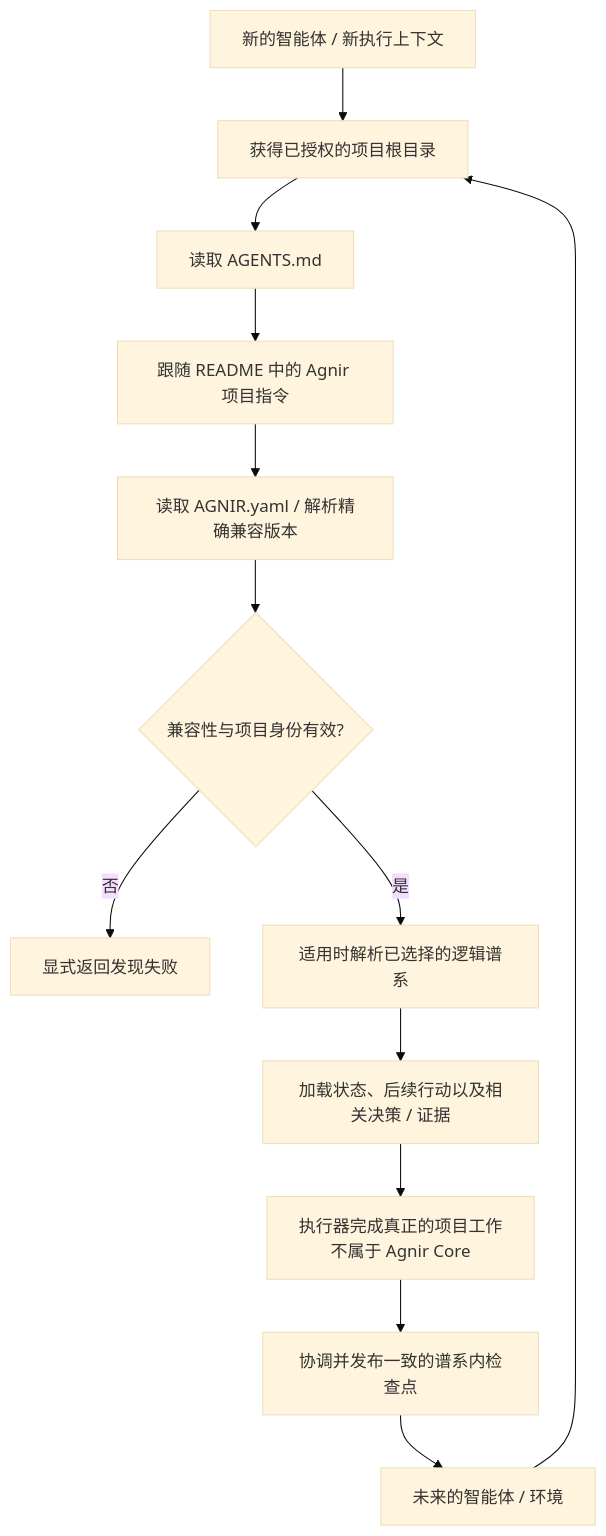
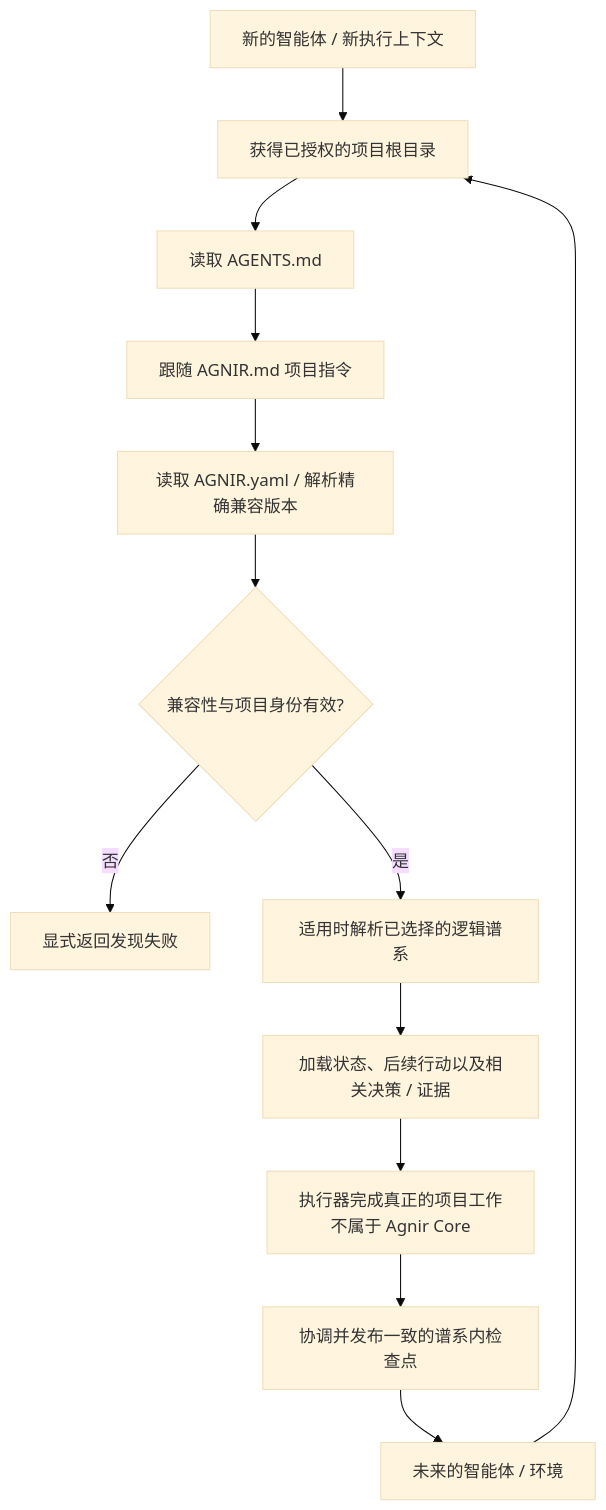
One commit to iorLab/agnir changed the second of 2 diagrams in README.zh-CN.md. Above: the diagram before and after it, drawn with Mermaid (base theme). The commit also changed other lines of this file and 24 other files, not shown here.

````diff
--- a/README.zh-CN.md
+++ b/README.zh-CN.md
@@ -161,15 +156,15 @@
 ```mermaid
 flowchart TD
     C[新的智能体 / 新执行上下文] --> P[获得已授权的项目根目录]
     P --> A[读取 AGENTS.md]
-    A --> I[跟随 README 中的 Agnir 项目指令]
+    A --> I[跟随 AGNIR.md 项目指令]
     I --> R[读取 AGNIR.yaml / 解析精确兼容版本]
     R --> V{兼容性与项目身份有效?}
     V -- 否 --> F[显式返回发现失败]
     V -- 是 --> L[适用时解析已选择的逻辑谱系]
     L --> Q[加载状态、后续行动以及相关决策 / 证据]
     Q --> W[执行器完成真正的项目工作\n不属于 Agnir Core]
     W --> K[协调并发布一致的谱系内检查点]
     K --> N[未来的智能体 / 环境]
     N --> P
 ```
````
